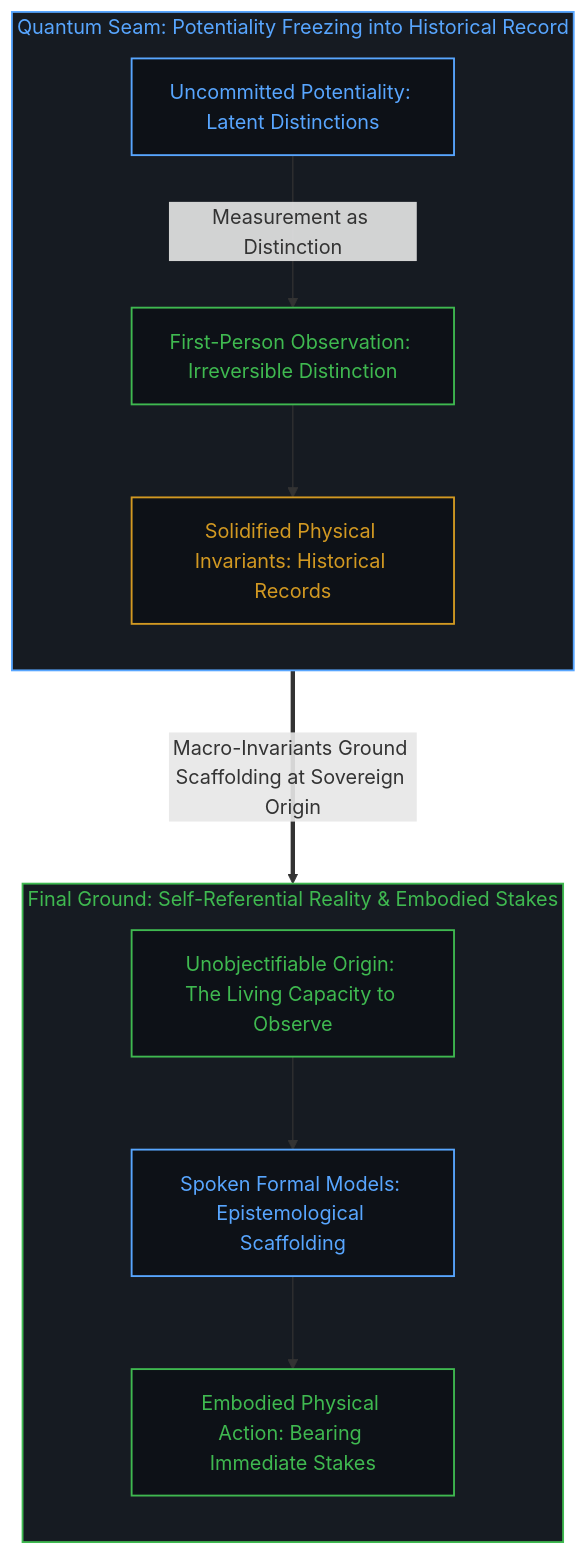
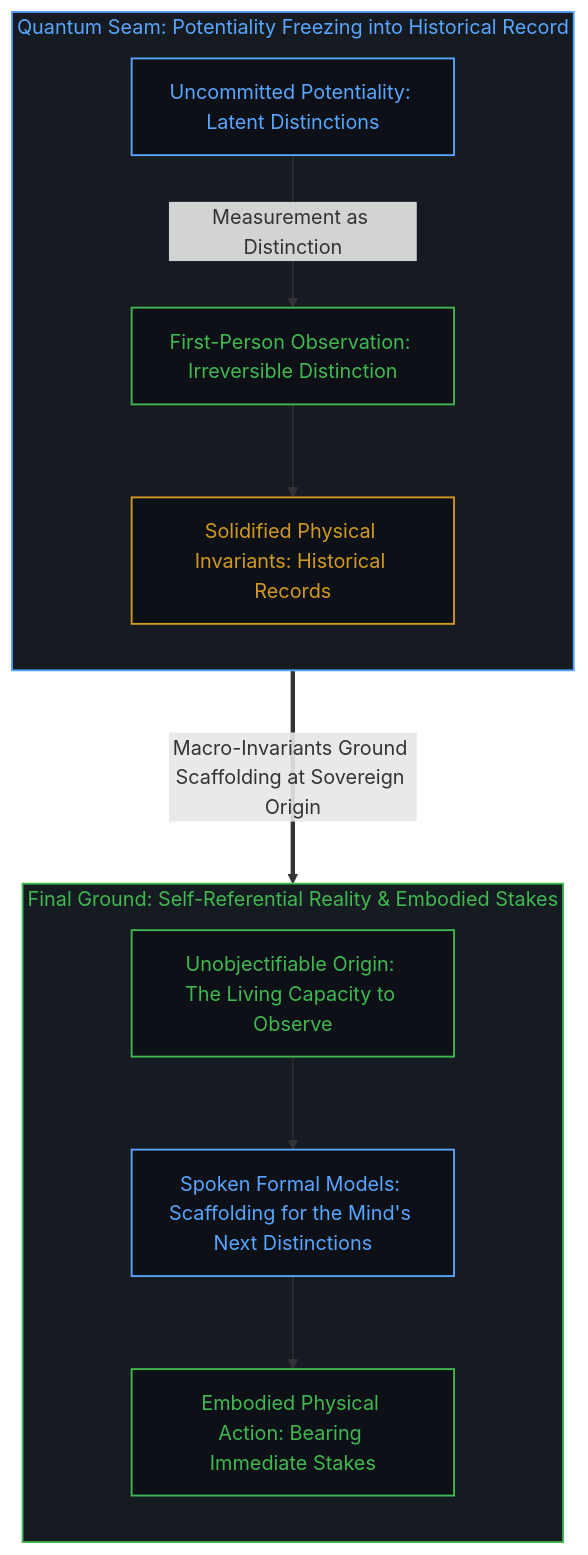
One commit to powerpig99/not-a-toe changed the tenth of 10 diagrams in content/posts/all-that-can-be-spoken-is-the-product-of-the-unspeakable.md. Above: the diagram before and after it, drawn with Mermaid. The commit also changed other lines of this file, not shown here.

Commit message:
Add closing insight: speaking better builds bedrock for the mind's own next distinctions

````diff
--- a/content/posts/all-that-can-be-spoken-is-the-product-of-the-unspeakable.md
+++ b/content/posts/all-that-can-be-spoken-is-the-product-of-the-unspeakable.md
@@ -361,29 +361,29 @@
 ```mermaid
 graph TD
     classDef default fill:#0d1117,stroke:#30363d,stroke-width:1px,color:#f0f6fc;
     classDef mind fill:#0d1117,stroke:#3fb950,stroke-width:1.5px,color:#3fb950;
     classDef failure fill:#0d1117,stroke:#f85149,stroke-width:1.5px,color:#f85149;
     classDef scaffold fill:#0d1117,stroke:#d29922,stroke-width:1.5px,color:#d29922;
     classDef model fill:#0d1117,stroke:#58a6ff,stroke-width:1.5px,color:#58a6ff;
 
     subgraph S_QuantumPhase_EN ["Quantum Seam: Potentiality Freezing into Historical Record"]
         direction TB
         QE1["Uncommitted Potentiality: Latent Distinctions"]:::model
         QE2["First-Person Observation: Irreversible Distinction"]:::mind
         QE3["Solidified Physical Invariants: Historical Records"]:::scaffold
         QE1 -->|"Measurement as Distinction"| QE2 --> QE3
     end
 
     subgraph S_EmbodiedCausality_EN ["Final Ground: Self-Referential Reality & Embodied Stakes"]
         direction TB
         CE1["Unobjectifiable Origin: The Living Capacity to Observe"]:::mind
-        CE2["Spoken Formal Models: Epistemological Scaffolding"]:::model
+        CE2["Spoken Formal Models: Scaffolding for the Mind's Next Distinctions"]:::model
         CE3["Embodied Physical Action: Bearing Immediate Stakes"]:::mind
         CE1 --> CE2 --> CE3
     end
 
     QE3 ===>|"Macro-Invariants Ground Scaffolding at Sovereign Origin"| CE1
 
     style S_QuantumPhase_EN fill:#161b22,stroke:#58a6ff,stroke-width:1.5px,color:#58a6ff
     style S_EmbodiedCausality_EN fill:#161b22,stroke:#3fb950,stroke-width:1.5px,color:#3fb950
 ```
````
